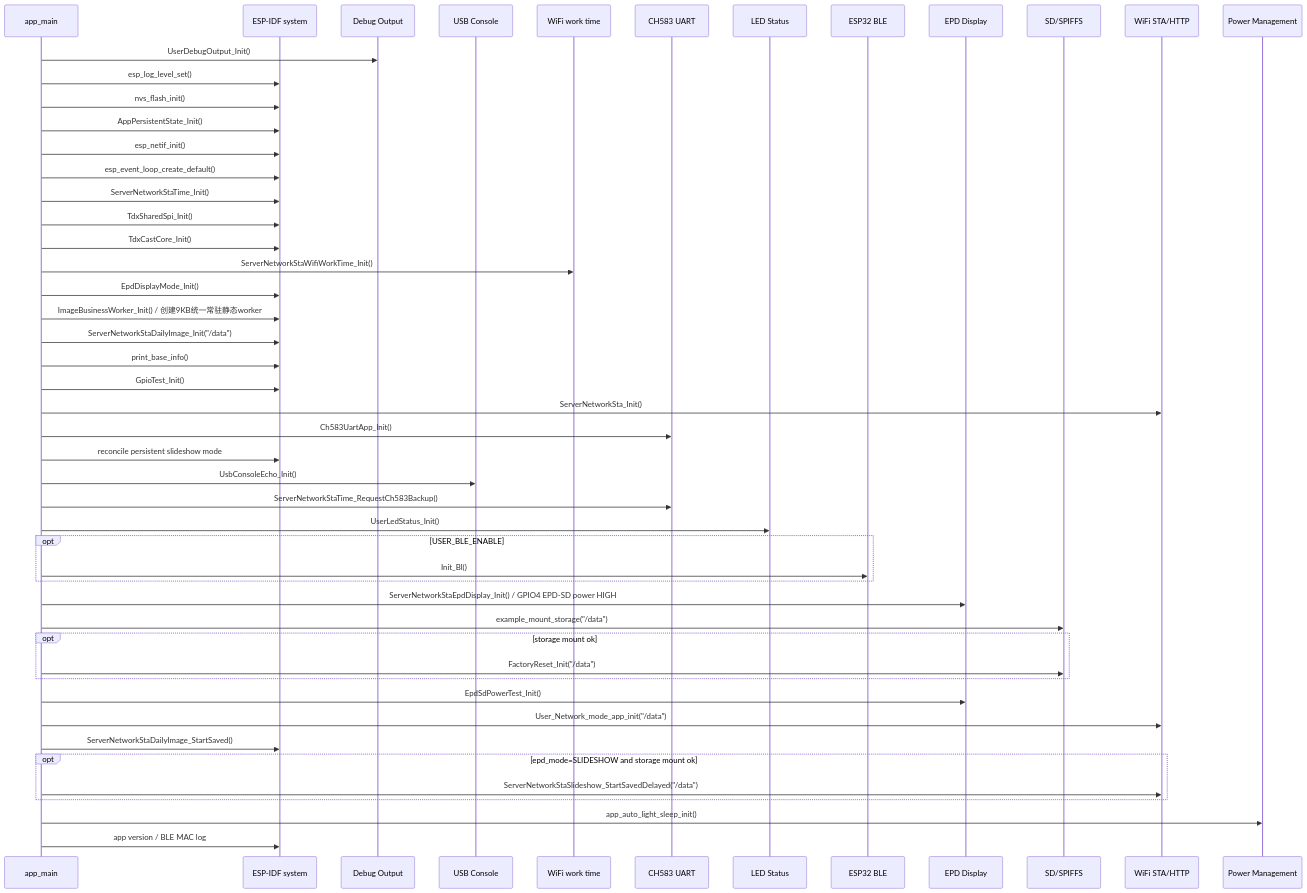
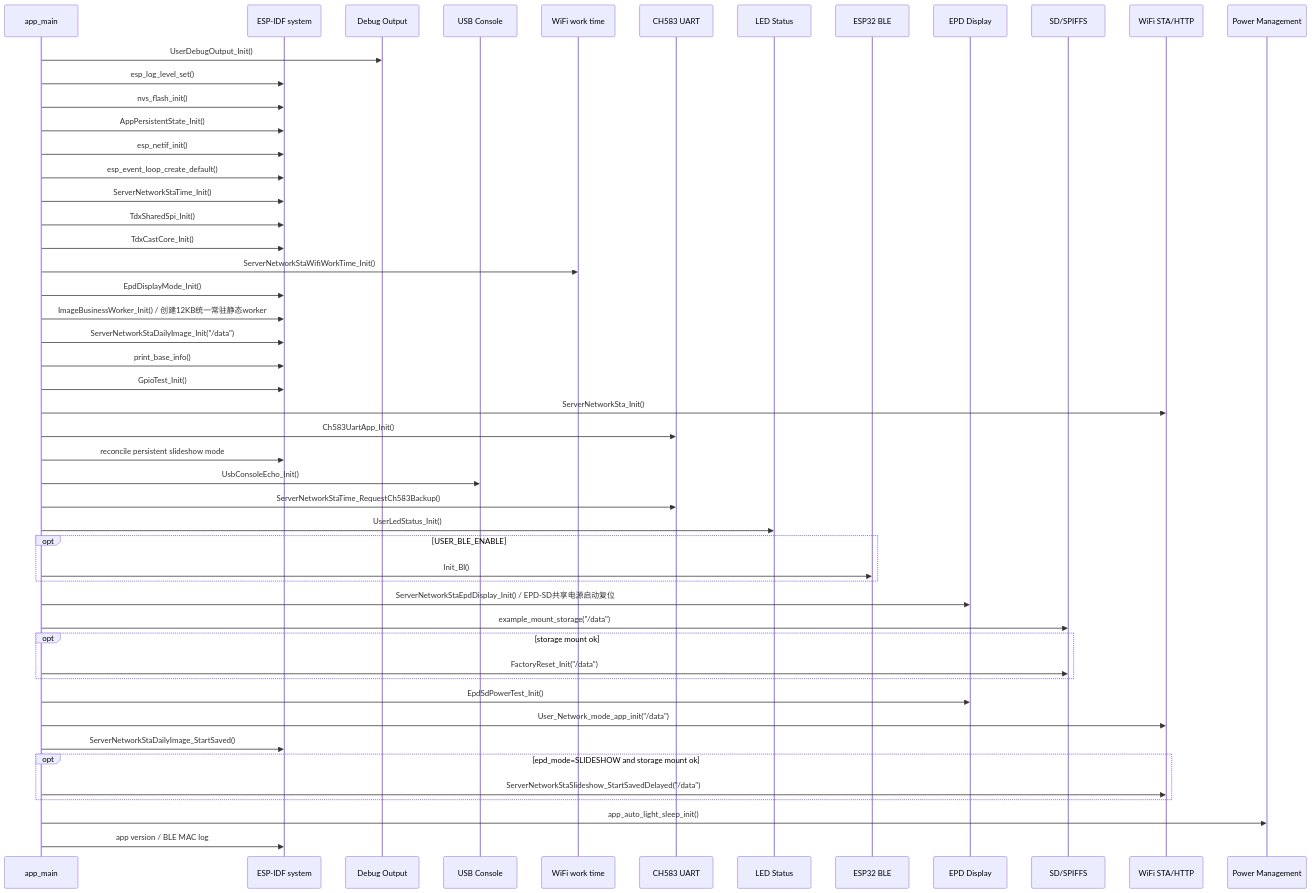
One commit to tdxguiping/ESP32_S3_epaper changed the first of 25 diagrams in README_Fun.md. Above: the diagram before and after it, drawn with Mermaid. The commit also changed other lines of this file and 92 other files, not shown here.

````diff
--- a/README_Fun.md
+++ b/README_Fun.md
@@ -108,52 +108,52 @@
 ```mermaid
 sequenceDiagram
     participant APP as app_main
     participant SYS as ESP-IDF system
     participant DBG as Debug Output
     participant USB as USB Console
     participant WORK as WiFi work time
     participant CH583 as CH583 UART
     participant LED as LED Status
     participant BLE as ESP32 BLE
     participant EPD as EPD Display
     participant SD as SD/SPIFFS
     participant STA as WiFi STA/HTTP
     participant PM as Power Management
     APP->>DBG: UserDebugOutput_Init()
     APP->>SYS: esp_log_level_set()
     APP->>SYS: nvs_flash_init()
     APP->>SYS: AppPersistentState_Init()
     APP->>SYS: esp_netif_init()
     APP->>SYS: esp_event_loop_create_default()
     APP->>SYS: ServerNetworkStaTime_Init()
     APP->>SYS: TdxSharedSpi_Init()
     APP->>SYS: TdxCastCore_Init()
     APP->>WORK: ServerNetworkStaWifiWorkTime_Init()
     APP->>SYS: EpdDisplayMode_Init()
-    APP->>SYS: ImageBusinessWorker_Init() / 创建9KB统一常驻静态worker
+    APP->>SYS: ImageBusinessWorker_Init() / 创建12KB统一常驻静态worker
     APP->>SYS: ServerNetworkStaDailyImage_Init("/data")
     APP->>SYS: print_base_info()
     APP->>SYS: GpioTest_Init()
     APP->>STA: ServerNetworkSta_Init()
     APP->>CH583: Ch583UartApp_Init()
     APP->>SYS: reconcile persistent slideshow mode
     APP->>USB: UsbConsoleEcho_Init()
     APP->>CH583: ServerNetworkStaTime_RequestCh583Backup()
     APP->>LED: UserLedStatus_Init()
     opt USER_BLE_ENABLE
         APP->>BLE: Init_Bl()
     end
-    APP->>EPD: ServerNetworkStaEpdDisplay_Init() / GPIO4 EPD-SD power HIGH
+    APP->>EPD: ServerNetworkStaEpdDisplay_Init() / EPD-SD共享电源启动复位
     APP->>SD: example_mount_storage("/data")
     opt storage mount ok
         APP->>SD: FactoryReset_Init("/data")
     end
     APP->>EPD: EpdSdPowerTest_Init()
     APP->>STA: User_Network_mode_app_init("/data")
     APP->>SYS: ServerNetworkStaDailyImage_StartSaved()
     opt epd_mode=SLIDESHOW and storage mount ok
         APP->>STA: ServerNetworkStaSlideshow_StartSavedDelayed("/data")
     end
     APP->>PM: app_auto_light_sleep_init()
     APP->>SYS: app version / BLE MAC log
 ```
````
